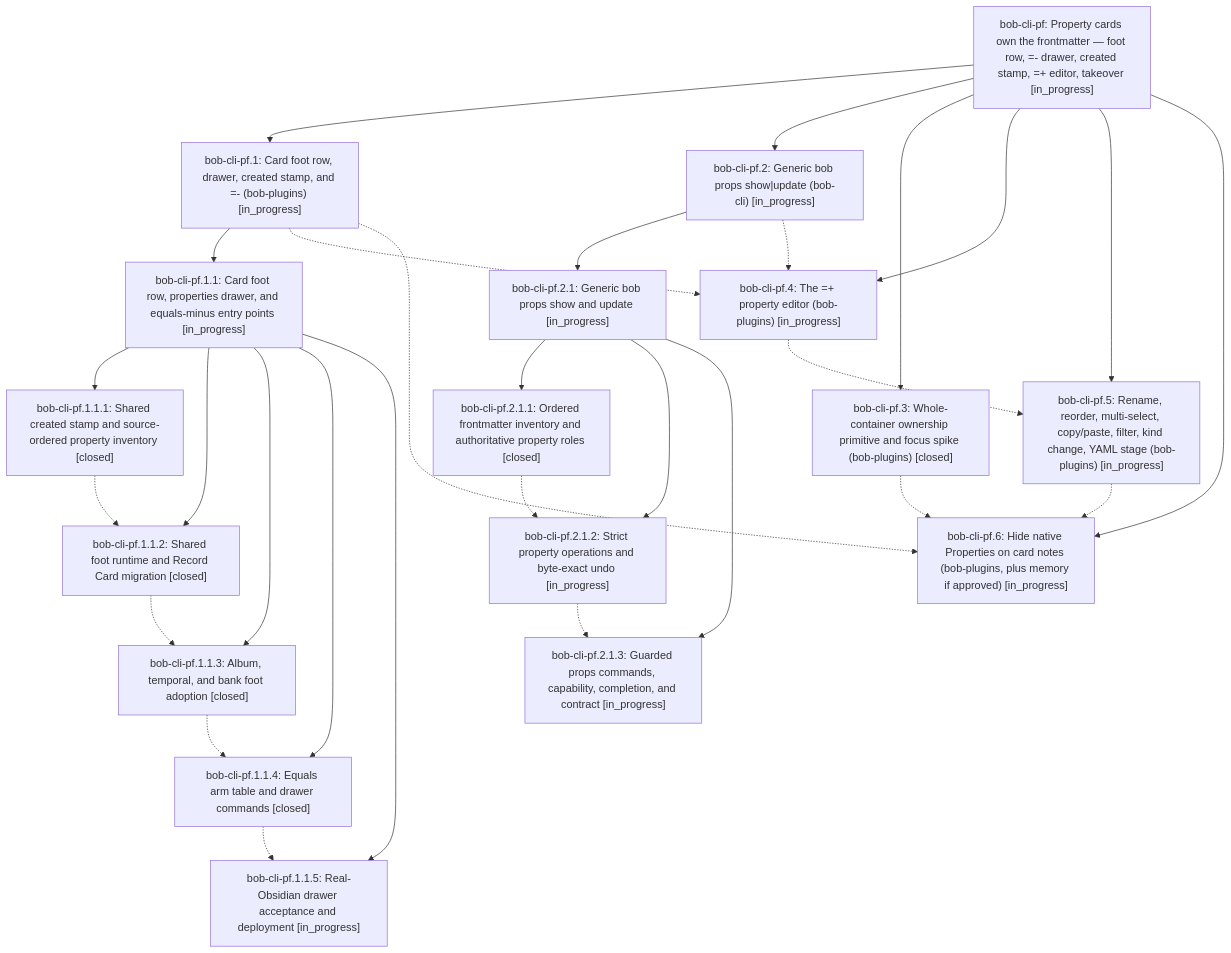
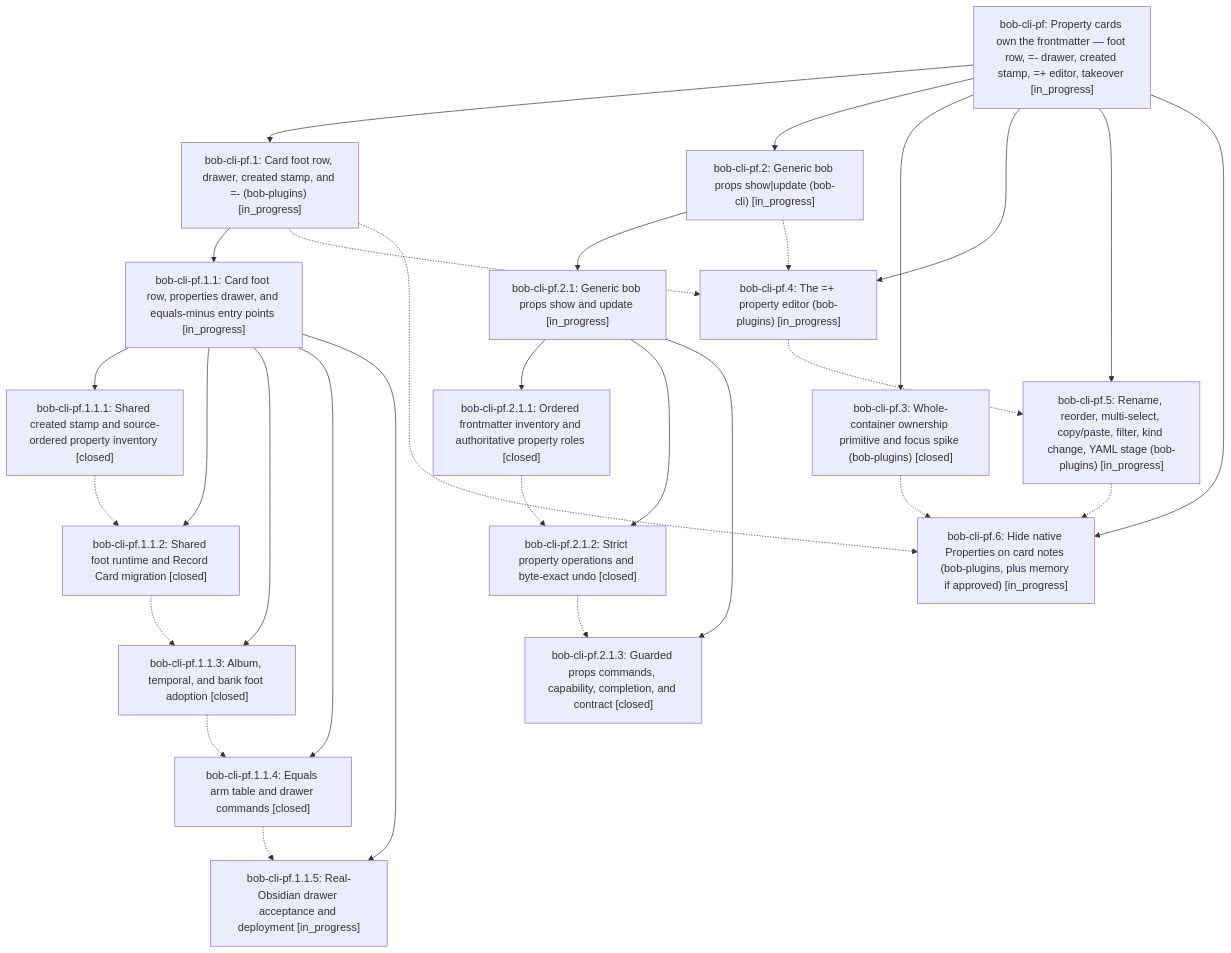
One commit to bobs-org/bob-cli--beads changed the diagram in pages/bob-cli-pf/README.md. Above: the diagram before and after it, drawn with Mermaid. The commit also changed other lines of this file and 3 other files, not shown here.

First line of the commit message:
chore(beads): sync bead state and pages for bob-cli-pf

````diff
--- a/pages/bob-cli-pf/README.md
+++ b/pages/bob-cli-pf/README.md
@@ -41,48 +41,48 @@
 ```mermaid
 flowchart TD
     n0["bob-cli-pf: Property cards own the frontmatter — foot row, =- drawer, created stamp, =+ editor, takeover [in_progress]"]
     n1["bob-cli-pf.1: Card foot row, drawer, created stamp, and =- (bob-plugins) [in_progress]"]
     n2["bob-cli-pf.1.1: Card foot row, properties drawer, and equals-minus entry points [in_progress]"]
     n3["bob-cli-pf.1.1.1: Shared created stamp and source-ordered property inventory [closed]"]
     n4["bob-cli-pf.1.1.2: Shared foot runtime and Record Card migration [closed]"]
     n5["bob-cli-pf.1.1.3: Album, temporal, and bank foot adoption [closed]"]
     n6["bob-cli-pf.1.1.4: Equals arm table and drawer commands [closed]"]
     n7["bob-cli-pf.1.1.5: Real-Obsidian drawer acceptance and deployment [in_progress]"]
     n8["bob-cli-pf.2: Generic bob props show|update (bob-cli) [in_progress]"]
     n9["bob-cli-pf.2.1: Generic bob props show and update [in_progress]"]
     n10["bob-cli-pf.2.1.1: Ordered frontmatter inventory and authoritative property roles [closed]"]
-    n11["bob-cli-pf.2.1.2: Strict property operations and byte-exact undo [in_progress]"]
-    n12["bob-cli-pf.2.1.3: Guarded props commands, capability, completion, and contract [in_progress]"]
+    n11["bob-cli-pf.2.1.2: Strict property operations and byte-exact undo [closed]"]
+    n12["bob-cli-pf.2.1.3: Guarded props commands, capability, completion, and contract [closed]"]
     n13["bob-cli-pf.3: Whole-container ownership primitive and focus spike (bob-plugins) [closed]"]
     n14["bob-cli-pf.4: The =+ property editor (bob-plugins) [in_progress]"]
     n15["bob-cli-pf.5: Rename, reorder, multi-select, copy/paste, filter, kind change, YAML stage (bob-plugins) [in_progress]"]
     n16["bob-cli-pf.6: Hide native Properties on card notes (bob-plugins, plus memory if approved) [in_progress]"]
     n0 --> n1
     n1 --> n2
     n2 --> n3
     n2 --> n4
     n2 --> n5
     n2 --> n6
     n2 --> n7
     n0 --> n8
     n8 --> n9
     n9 --> n10
     n9 --> n11
     n9 --> n12
     n0 --> n13
     n0 --> n14
     n0 --> n15
     n0 --> n16
     n1 -.-> n14
     n1 -.-> n16
     n3 -.-> n4
     n4 -.-> n5
     n5 -.-> n6
     n6 -.-> n7
     n8 -.-> n14
     n10 -.-> n11
     n11 -.-> n12
     n13 -.-> n16
     n14 -.-> n15
     n15 -.-> n16
 ```
````
